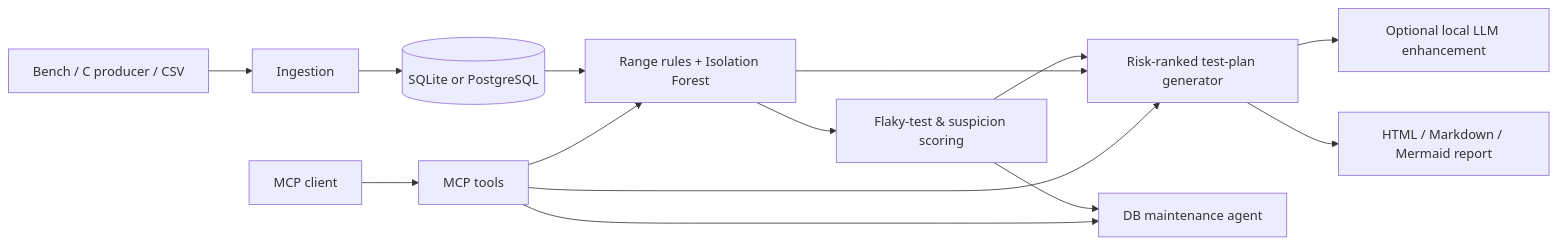
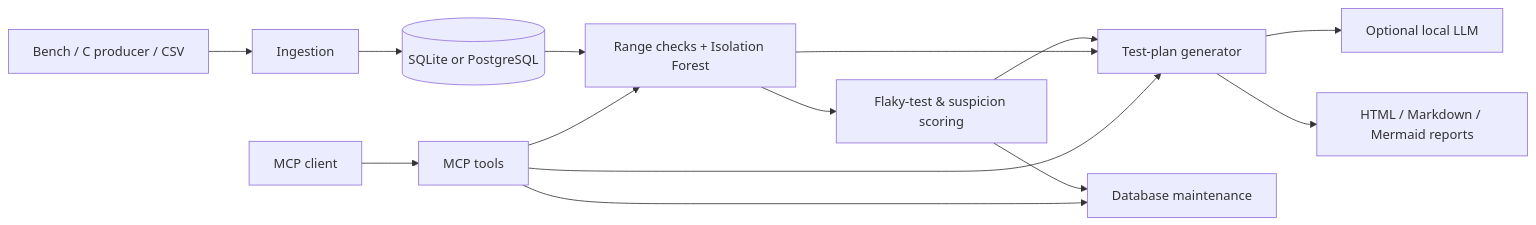
One commit to Efe-Coding-Lab/benchpilot-ai changed the diagram in README.md. Above: the diagram before and after it, drawn with Mermaid. The commit also changed other lines of this file, not shown here.

````diff
--- a/README.md
+++ b/README.md
@@ -27,16 +23,16 @@
 ```mermaid
 flowchart LR
     A[Bench / C producer / CSV] --> B[Ingestion]
     B --> C[(SQLite or PostgreSQL)]
-    C --> D[Range rules + Isolation Forest]
+    C --> D[Range checks + Isolation Forest]
     D --> E[Flaky-test & suspicion scoring]
-    E --> F[Risk-ranked test-plan generator]
-    F --> G[Optional local LLM enhancement]
-    E --> H[DB maintenance agent]
-    F --> I[HTML / Markdown / Mermaid report]
+    E --> F[Test-plan generator]
+    F --> G[Optional local LLM]
+    E --> H[Database maintenance]
+    F --> I[HTML / Markdown / Mermaid reports]
     D --> F
     J[MCP client] --> K[MCP tools]
     K --> D
     K --> F
     K --> H
 ```
````
